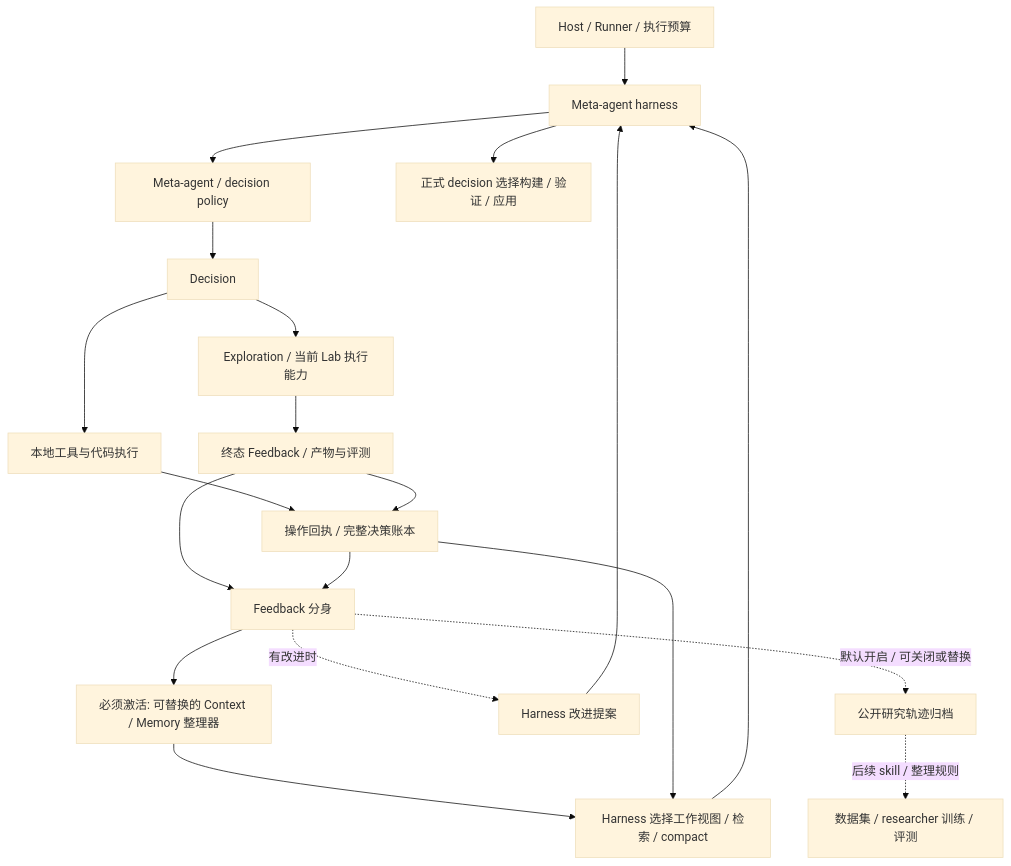
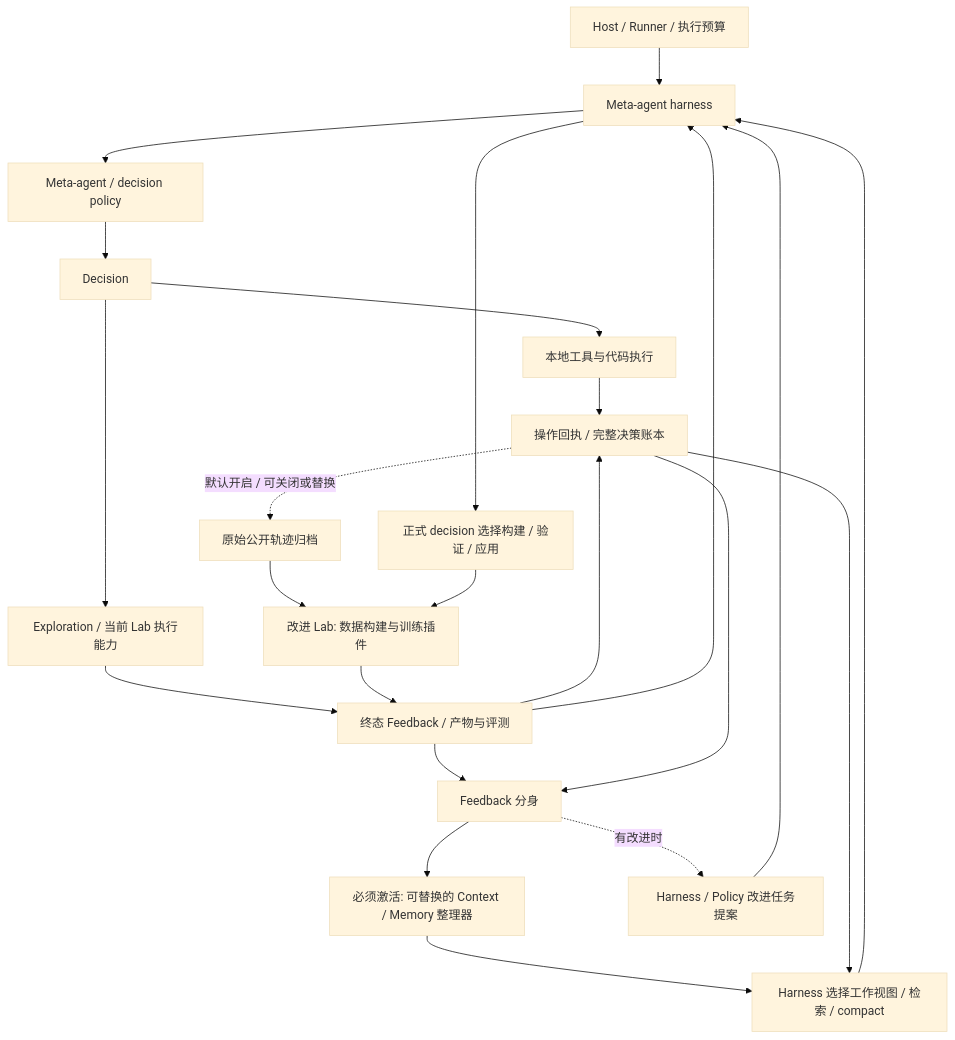
One commit to FreedomIntelligence/RSIComposer changed the diagram in docs/review/modules.md. Above: the diagram before and after it, drawn with Mermaid (base theme). The commit also changed other lines of this file and 147 other files, not shown here.

````diff
--- a/docs/review/modules.md
+++ b/docs/review/modules.md
@@ -20,22 +31,25 @@
 ```mermaid
 flowchart TD
     H[Host / Runner / 执行预算] --> MH[Meta-agent harness]
     MH --> MA[Meta-agent / decision policy]
     MA --> D[Decision]
     D --> T[本地工具与代码执行]
     D --> E[Exploration / 当前 Lab 执行能力]
     T --> L[操作回执 / 完整决策账本]
     E --> R[终态 Feedback / 产物与评测]
     R --> L
+    R --> MH
     R --> F[Feedback 分身]
     L --> F
     F --> K[必须激活: 可替换的 Context / Memory 整理器]
-    F -. 有改进时 .-> P[Harness 改进提案]
-    F -. 默认开启 / 可关闭或替换 .-> W[公开研究轨迹归档]
+    F -. 有改进时 .-> P[Harness / Policy 改进任务提案]
+    L -. 默认开启 / 可关闭或替换 .-> W[原始公开轨迹归档]
     K --> V[Harness 选择工作视图 / 检索 / compact]
     L --> V
     V --> MH
     P --> MH
     MH --> AP[正式 decision 选择构建 / 验证 / 应用]
-    W -. 后续 skill / 整理规则 .-> TR[数据集 / researcher 训练 / 评测]
+    W --> TR[改进 Lab: 数据构建与训练插件]
+    AP --> TR
+    TR --> R
 ```
````
